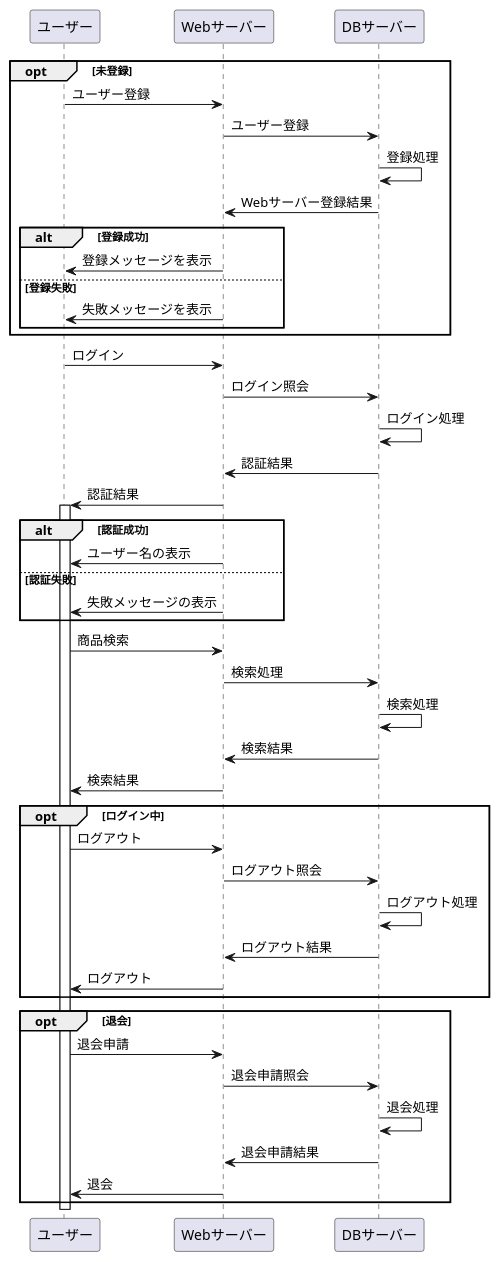
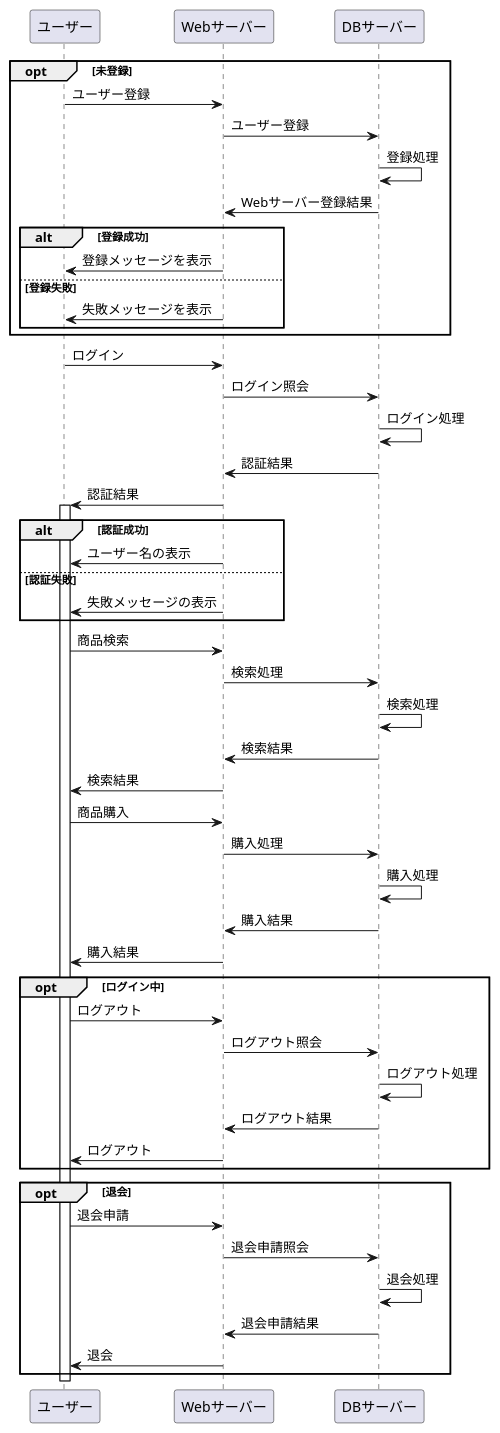
The diagram in 業務フロー.md (Aso2001163/2021sys-design-2), drawn with PlantUML before and after one commit.

````diff
--- a/業務フロー.md
+++ b/業務フロー.md
@@ -1,63 +1,69 @@
 ```uml
 @startuml
 opt 未登録
 
 ユーザー -> Webサーバー:ユーザー登録
 Webサーバー -> DBサーバー:ユーザー登録
 DBサーバー -> DBサーバー:登録処理
 DBサーバー -> Webサーバー:Webサーバー登録結果
 
   alt 登録成功
    Webサーバー -> ユーザー:登録メッセージを表示
   else 登録失敗
    Webサーバー -> ユーザー:失敗メッセージを表示
   end
 
 end
 
 
 ユーザー -> Webサーバー:ログイン
 Webサーバー -> DBサーバー:ログイン照会
 DBサーバー -> DBサーバー:ログイン処理
 DBサーバー -> Webサーバー:認証結果
 Webサーバー -> ユーザー:認証結果
 
 activate ユーザー
 
 alt 認証成功
 Webサーバー -> ユーザー:ユーザー名の表示
 
 else 認証失敗
 Webサーバー -> ユーザー:失敗メッセージの表示
 
 end
 
 ユーザー -> Webサーバー:商品検索
 Webサーバー -> DBサーバー:検索処理
 DBサーバー -> DBサーバー:検索処理
 DBサーバー -> Webサーバー:検索結果
 Webサーバー -> ユーザー:検索結果
 
+ユーザー -> Webサーバー:商品購入
+Webサーバー -> DBサーバー:購入処理
+DBサーバー -> DBサーバー:購入処理
+DBサーバー -> Webサーバー:購入結果
+Webサーバー -> ユーザー:購入結果
+
 opt ログイン中
 
 ユーザー -> Webサーバー:ログアウト
 Webサーバー -> DBサーバー:ログアウト照会
 DBサーバー -> DBサーバー:ログアウト処理
 DBサーバー -> Webサーバー:ログアウト結果
 Webサーバー -> ユーザー:ログアウト
 
 end
 
 opt 退会
 
 ユーザー -> Webサーバー:退会申請
 Webサーバー -> DBサーバー:退会申請照会
 DBサーバー -> DBサーバー:退会処理
 DBサーバー -> Webサーバー:退会申請結果
 Webサーバー -> ユーザー:退会
 
 end
 
 deactivate ユーザー
 @enduml
 ```
````
